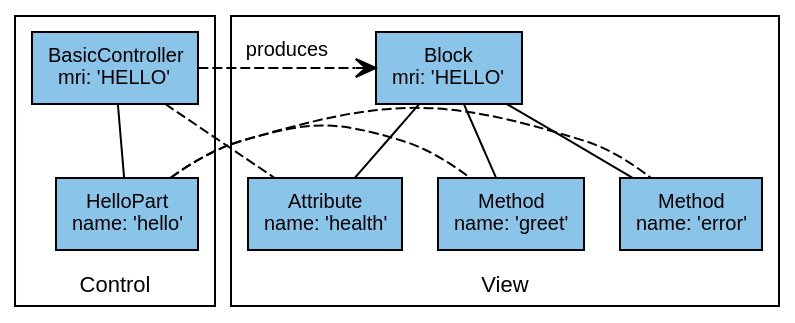
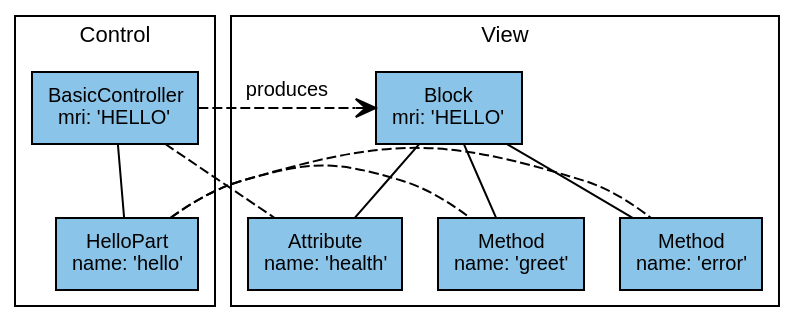
One commit to DiamondLightSource/pymalcolm changed the third of 3 diagrams in docs/tutorials/hello.rst. Above: the diagram before and after it, drawn with Graphviz. The commit also changed 44 other files, not shown here.

```diff
--- a/docs/tutorials/hello.rst
+++ b/docs/tutorials/hello.rst
@@ -259,37 +259,33 @@
 .. digraph:: hello_controllers_and_parts
 
     newrank=true;  // Sensible ranking of clusters
     bgcolor=transparent
     node [fontname=Arial fontsize=10 shape=rect style=filled fillcolor="#8BC4E9"]
     graph [fontname=Arial fontsize=11]
     edge [fontname=Arial fontsize=10 arrowhead=none]
 
     subgraph cluster_control {
         label="Control"
-        labelloc="b"
-        height=120
         controller [label=<BasicController<BR/>mri: 'HELLO'>]
         hello [label=<HelloPart<BR/>name: 'hello'>]
         controller -> hello
     }
 
     subgraph cluster_view {
         label="View"
-        labelloc="b"
-        height=120
         block [label=<Block<BR/>mri: 'HELLO'>]
         greet [label=<Method<BR/>name: 'greet'>]
         error [label=<Method<BR/>name: 'error'>]
         health [label=<Attribute<BR/>name: 'health'>]
         block -> greet
         block -> error
         block -> health
     }
 
     {rank=same;controller block}
     {rank=same;hello greet error health}
 
     controller -> health [style=dashed]
     hello -> greet [style=dashed]
     hello -> error [style=dashed]
     controller -> block [arrowhead=vee dir=from style=dashed label=produces]
```
